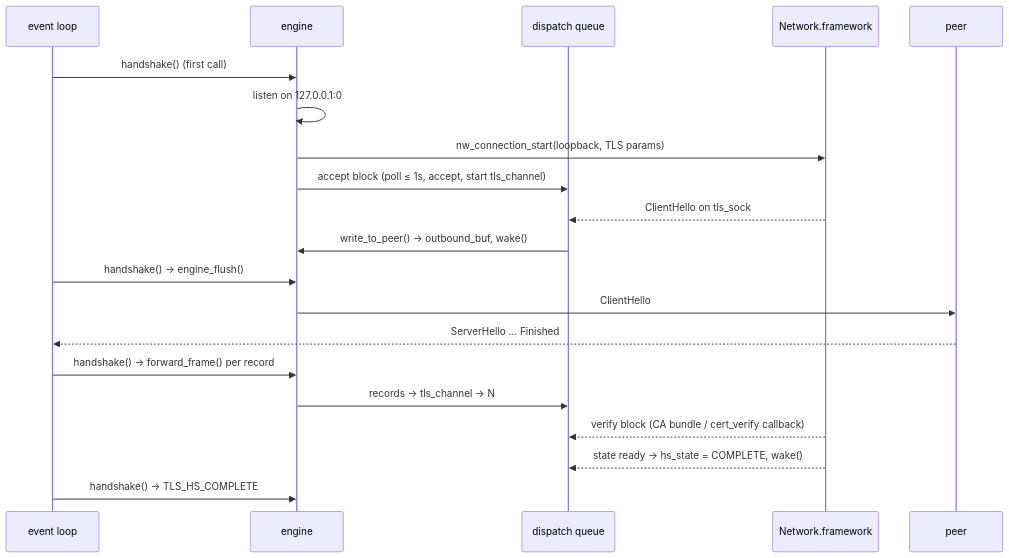
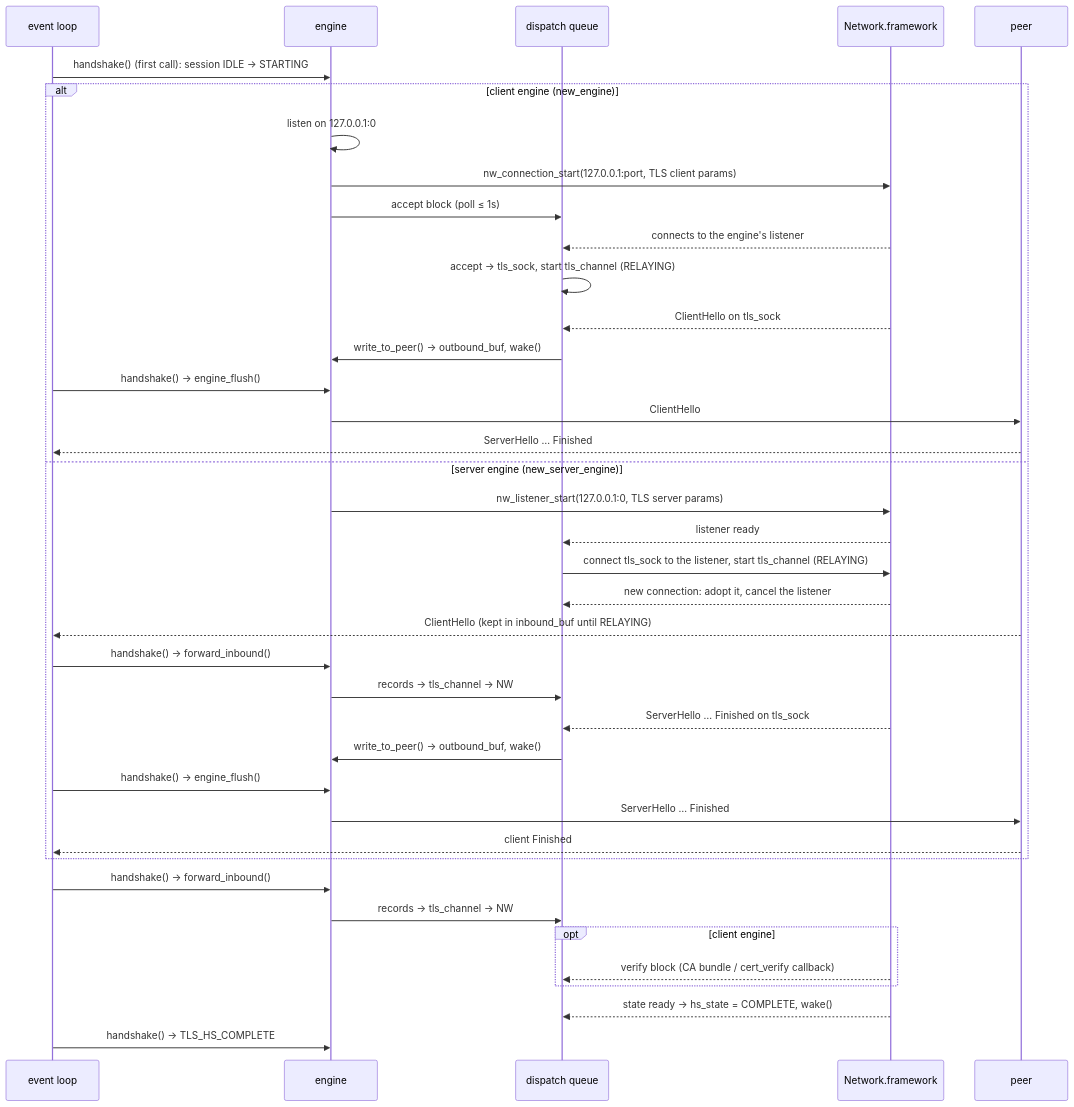
One commit to openziti/tlsuv changed the second of 2 diagrams in src/applesec/README.md. Above: the diagram before and after it, drawn with Mermaid. The commit also changed other lines of this file and 3 other files, not shown here.

````diff
--- a/src/applesec/README.md
+++ b/src/applesec/README.md
@@ -121,23 +123,42 @@
 ```mermaid
 sequenceDiagram
     participant L as event loop
     participant E as engine
     participant Q as dispatch queue
     participant N as Network.framework
     participant P as peer
 
-    L->>E: handshake() (first call)
-    E->>E: listen on 127.0.0.1:0
-    E->>N: nw_connection_start(loopback, TLS params)
-    E->>Q: accept block (poll ≤ 1s, accept, start tls_channel)
-    N-->>Q: ClientHello on tls_sock
-    Q->>E: write_to_peer() → outbound_buf, wake()
-    L->>E: handshake() → engine_flush()
-    E->>P: ClientHello
-    P-->>L: ServerHello … Finished
-    L->>E: handshake() → forward_frame() per record
-    E->>Q: records → tls_channel → N
-    N-->>Q: verify block (CA bundle / cert_verify callback)
+    L->>E: handshake() (first call): session IDLE → STARTING
+    alt client engine (new_engine)
+        E->>E: listen on 127.0.0.1:0
+        E->>N: nw_connection_start(127.0.0.1:port, TLS client params)
+        E->>Q: accept block (poll ≤ 1s)
+        N-->>Q: connects to the engine's listener
+        Q->>Q: accept → tls_sock, start tls_channel (RELAYING)
+        N-->>Q: ClientHello on tls_sock
+        Q->>E: write_to_peer() → outbound_buf, wake()
+        L->>E: handshake() → engine_flush()
+        E->>P: ClientHello
+        P-->>L: ServerHello … Finished
+    else server engine (new_server_engine)
+        E->>N: nw_listener_start(127.0.0.1:0, TLS server params)
+        N-->>Q: listener ready
+        Q->>N: connect tls_sock to the listener, start tls_channel (RELAYING)
+        N-->>Q: new connection: adopt it, cancel the listener
+        P-->>L: ClientHello (kept in inbound_buf until RELAYING)
+        L->>E: handshake() → forward_inbound()
+        E->>Q: records → tls_channel → NW
+        N-->>Q: ServerHello … Finished on tls_sock
+        Q->>E: write_to_peer() → outbound_buf, wake()
+        L->>E: handshake() → engine_flush()
+        E->>P: ServerHello … Finished
+        P-->>L: client Finished
+    end
+    L->>E: handshake() → forward_inbound()
+    E->>Q: records → tls_channel → NW
+    opt client engine
+        N-->>Q: verify block (CA bundle / cert_verify callback)
+    end
     N-->>Q: state ready → hs_state = COMPLETE, wake()
     L->>E: handshake() → TLS_HS_COMPLETE
 ```
````
